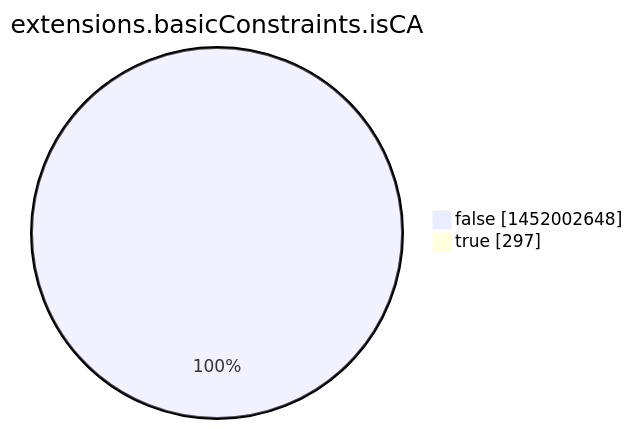
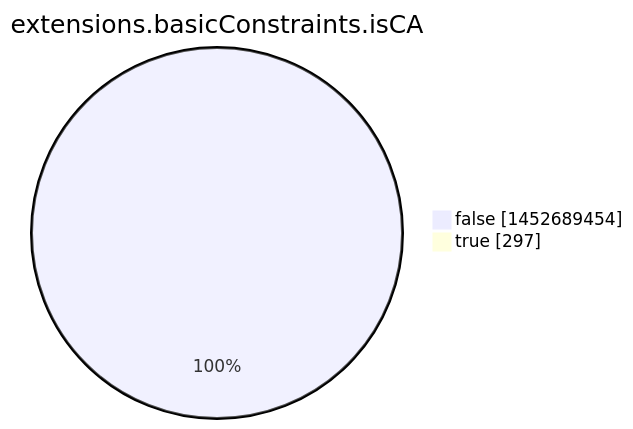
Before and after one commit to christiankrug/ctmonitor_visualization: the eighth of 15 diagrams in argon2022/README.md, drawn with Mermaid. The commit also changed other lines of this file, not shown here.

````diff
--- a/argon2022/README.md
+++ b/argon2022/README.md
@@ -2760,6 +2760,6 @@
 ```mermaid
 pie showData
 title extensions.basicConstraints.isCA
-"false" :1452002648
+"false" :1452689454
 "true" :297
 ```
````
